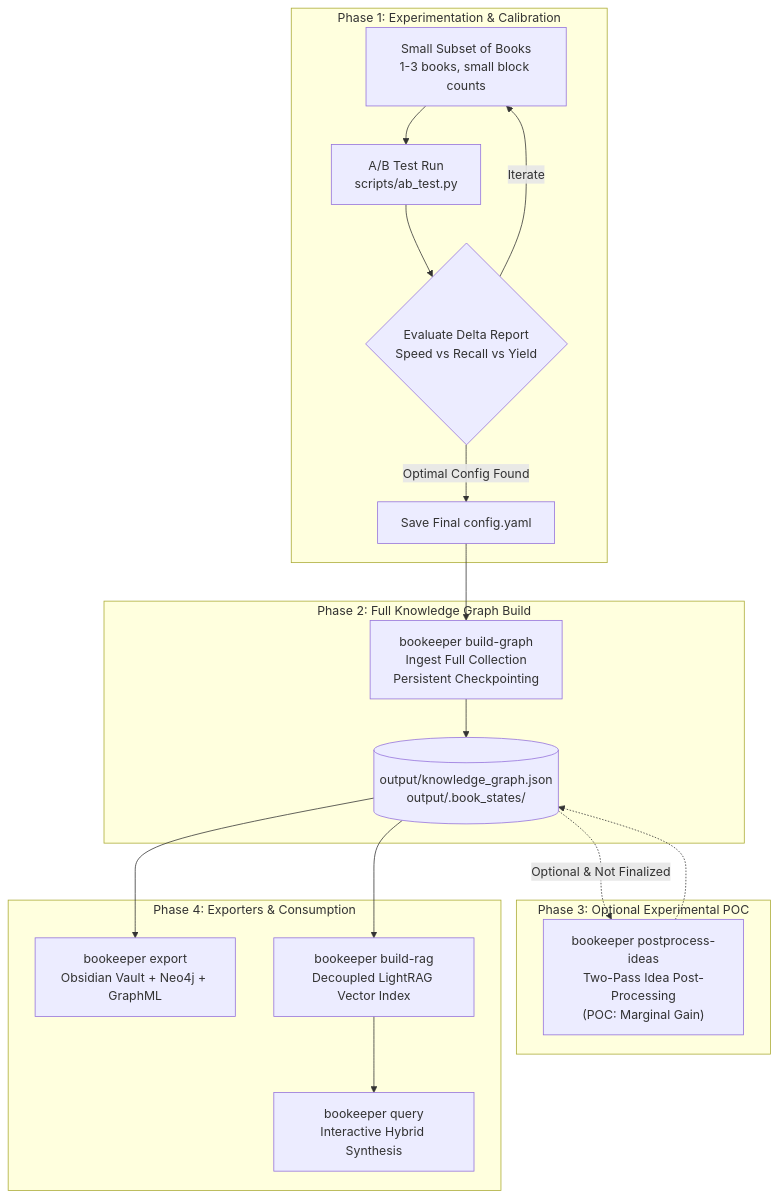
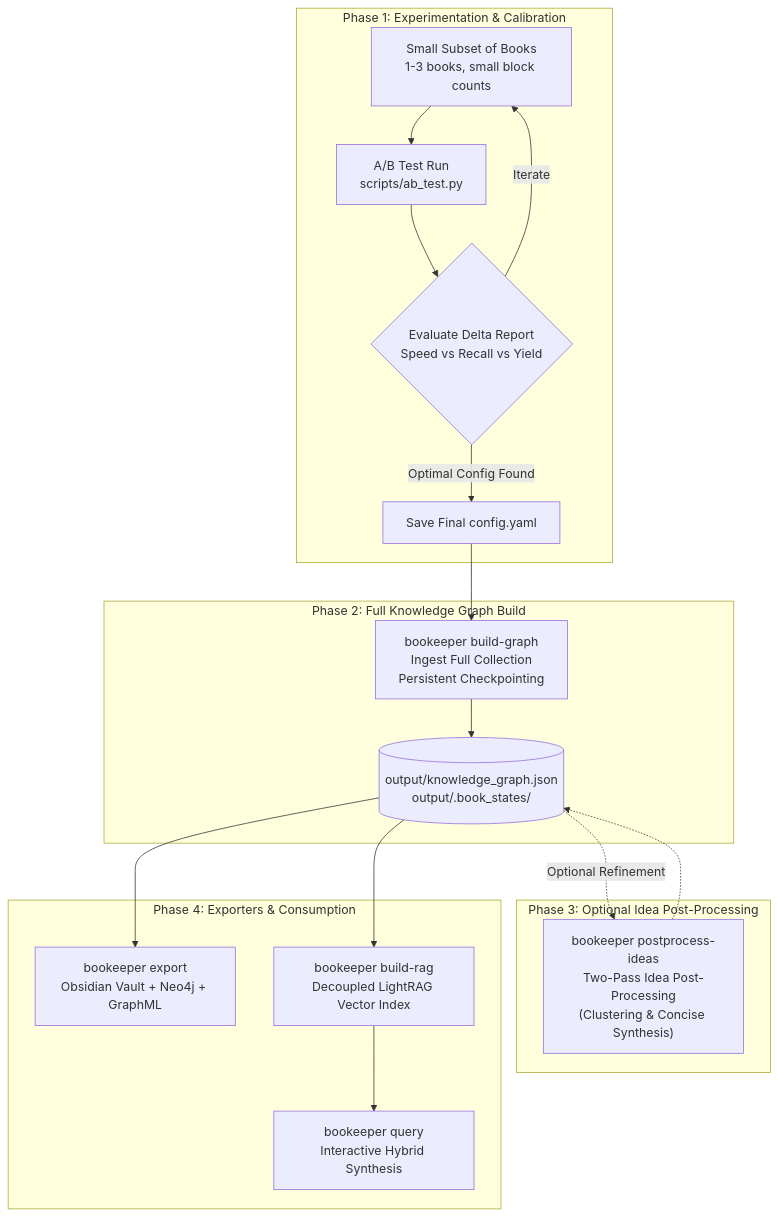
Before and after one commit to Sergsw74/bookeeper: the diagram in docs/workflow.md, drawn with Mermaid. The commit also changed other lines of this file and 8 other files, not shown here.

First line of the commit message:
docs: fix mermaid syntax, math underscores, and update post-processing to production status

````diff
--- a/docs/workflow.md
+++ b/docs/workflow.md
@@ -9,25 +9,25 @@
 ```mermaid
 flowchart TD
     subgraph Phase1 ["Phase 1: Experimentation & Calibration"]
         A["Small Subset of Books\n1-3 books, small block counts"] --> B["A/B Test Run\nscripts/ab_test.py"]
         B --> C{"Evaluate Delta Report\nSpeed vs Recall vs Yield"}
         C -->|Iterate| A
         C -->|Optimal Config Found| D["Save Final config.yaml"]
     end
 
     subgraph Phase2 ["Phase 2: Full Knowledge Graph Build"]
         D --> E["bookeeper build-graph\nIngest Full Collection\nPersistent Checkpointing"]
         E --> F[("output/knowledge_graph.json\noutput/.book_states/")]
     end
 
-    subgraph Phase3 ["Phase 3: Optional Experimental POC"]
-        F -.->|Optional & Not Finalized| G["bookeeper postprocess-ideas\nTwo-Pass Idea Post-Processing\n(POC: Marginal Gain)"]
+    subgraph Phase3 ["Phase 3: Optional Idea Post-Processing"]
+        F -.->|Optional Refinement| G["bookeeper postprocess-ideas\nTwo-Pass Idea Post-Processing\n(Clustering & Concise Synthesis)"]
         G -.-> F
     end
 
     subgraph Phase4 ["Phase 4: Exporters & Consumption"]
         F --> H["bookeeper export\nObsidian Vault + Neo4j + GraphML"]
         F --> I["bookeeper build-rag\nDecoupled LightRAG Vector Index"]
         I --> J["bookeeper query\nInteractive Hybrid Synthesis"]
     end
 ```
````
